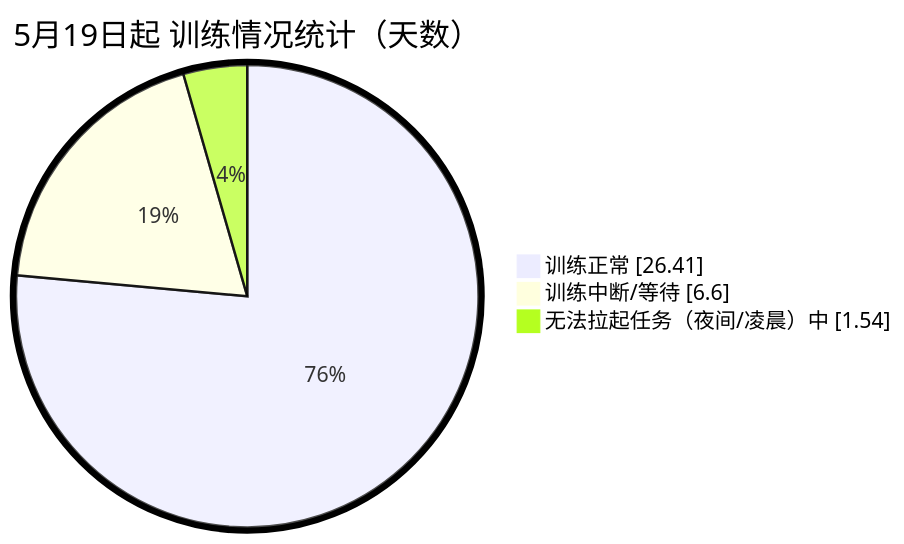
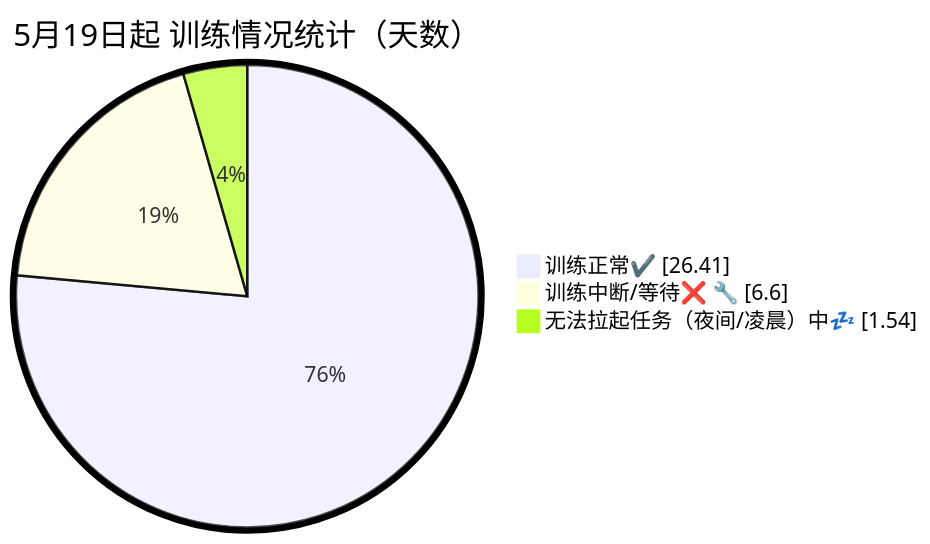
Before and after one commit to YingxuH/DataSciencePosts: the diagram in docs/olmo_1b_training_log.md, drawn with Mermaid. The commit also changed other lines of this file, not shown here.

Commit message:
correct olmo pretrain log

````diff
--- a/docs/olmo_1b_training_log.md
+++ b/docs/olmo_1b_training_log.md
@@ -8,8 +8,8 @@
 ```mermaid
-%%{init: {"pie": {"textPosition": 0.5}, "themeVariables": {"pieOuterStrokeWidth": "5px"}} }%% 
+%%{init: {"pie": {"textPosition": 0.5}, "themeVariables": {"pieOuterStrokeWidth": "5px"}}}%% 
 pie showData
     title 5月19日起 训练情况统计（天数）
-    "训练正常": 26.41
-    "训练中断/等待": 6.6
-    "无法拉起任务（夜间/凌晨）中": 1.54
+    "训练正常✔️": 26.41
+    "训练中断/等待❌ 🔧 ": 6.6
+    "无法拉起任务（夜间/凌晨）中💤": 1.54
 ```
````
